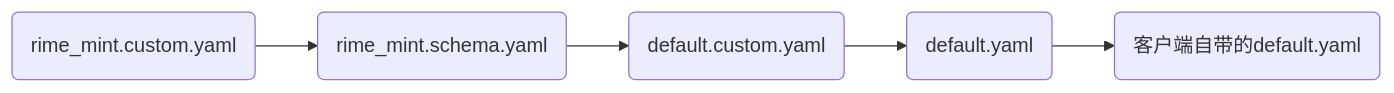
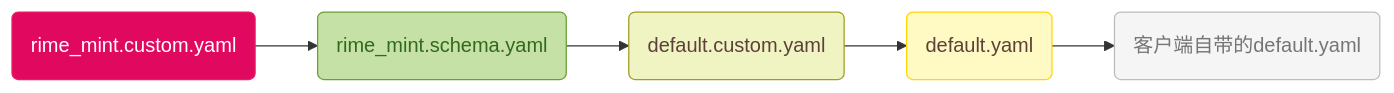
The second of 2 diagrams in zh/guide/configurationOverride.md (Mintimate/DocVitePressOMR), drawn with Mermaid before and after one commit. The commit also changed other lines of this file and 1 other file, not shown here.

Commit message:
feat: 为配置覆写指南添加Mermaid流程图说明配置类型及优先级

````diff
--- a/zh/guide/configurationOverride.md
+++ b/zh/guide/configurationOverride.md
@@ -99,7 +142,13 @@
 ```mermaid
 graph LR
-    A(rime_mint.custom.yaml) --> B(rime_mint.schema.yaml)
-    B --> C(default.custom.yaml)
-    C --> D(default.yaml)
-    D --> E(客户端自带的default.yaml)
+    A(rime_mint.custom.yaml):::custom --> B(rime_mint.schema.yaml):::schema
+    B --> C(default.custom.yaml):::defaultCustom
+    C --> D(default.yaml):::default
+    D --> E(客户端自带的default.yaml):::client
+
+    classDef custom fill:#E0095F,stroke:#e91e63,color:#ffffff;
+    classDef schema fill:#c5e1a5,stroke:#689f38,color:#33691e;
+    classDef defaultCustom fill:#f0f4c3,stroke:#9e9d24,color:#5d4037;
+    classDef default fill:#fff9c4,stroke:#ffd600,color:#5d4037;
+    classDef client fill:#f5f5f5,stroke:#bdbdbd,color:#757575;
 ```
````
